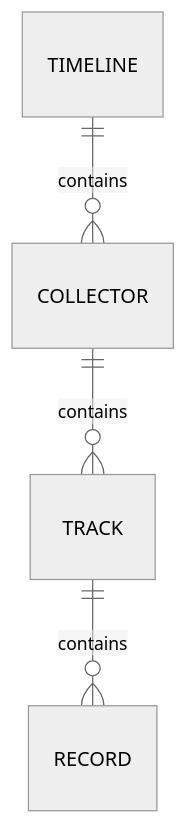
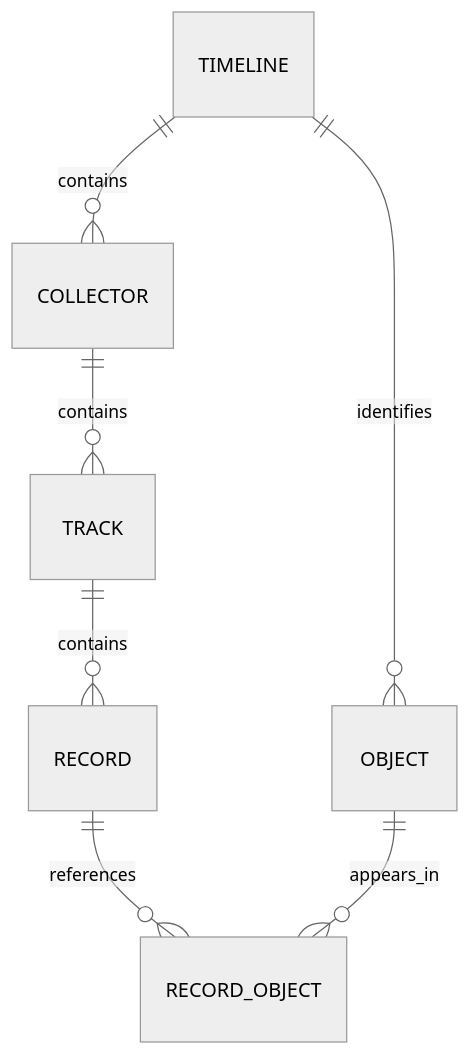
The diagram in docs/recording-storage-model.md (shenxianovo/Heartbeat), drawn with Mermaid (neutral theme) before and after one commit. The commit also changed other lines of this file and 173 other files, not shown here.

First line of the commit message:
feat(recording): add object references and explicit ranges

````diff
--- a/docs/recording-storage-model.md
+++ b/docs/recording-storage-model.md
@@ -7,6 +9,9 @@
 ```mermaid
 erDiagram
     TIMELINE ||--o{ COLLECTOR : contains
     COLLECTOR ||--o{ TRACK : contains
     TRACK ||--o{ RECORD : contains
+    TIMELINE ||--o{ OBJECT : identifies
+    RECORD ||--o{ RECORD_OBJECT : references
+    OBJECT ||--o{ RECORD_OBJECT : appears_in
 ```
````
